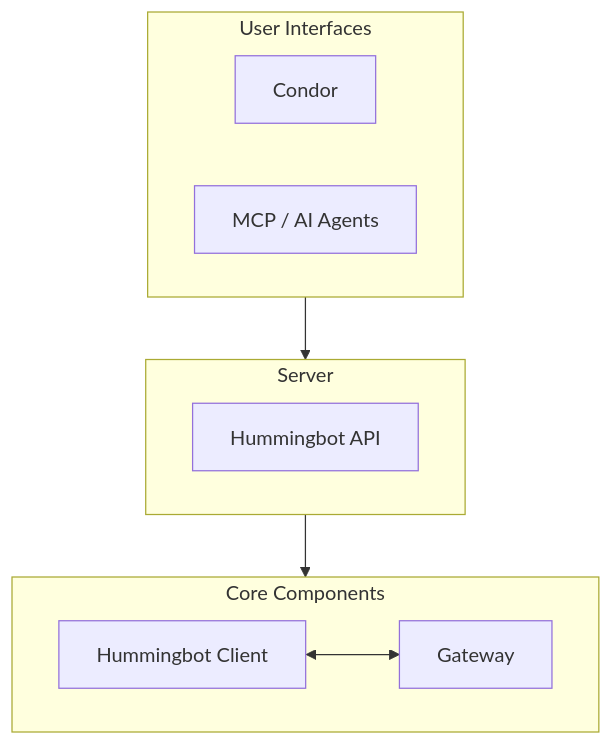
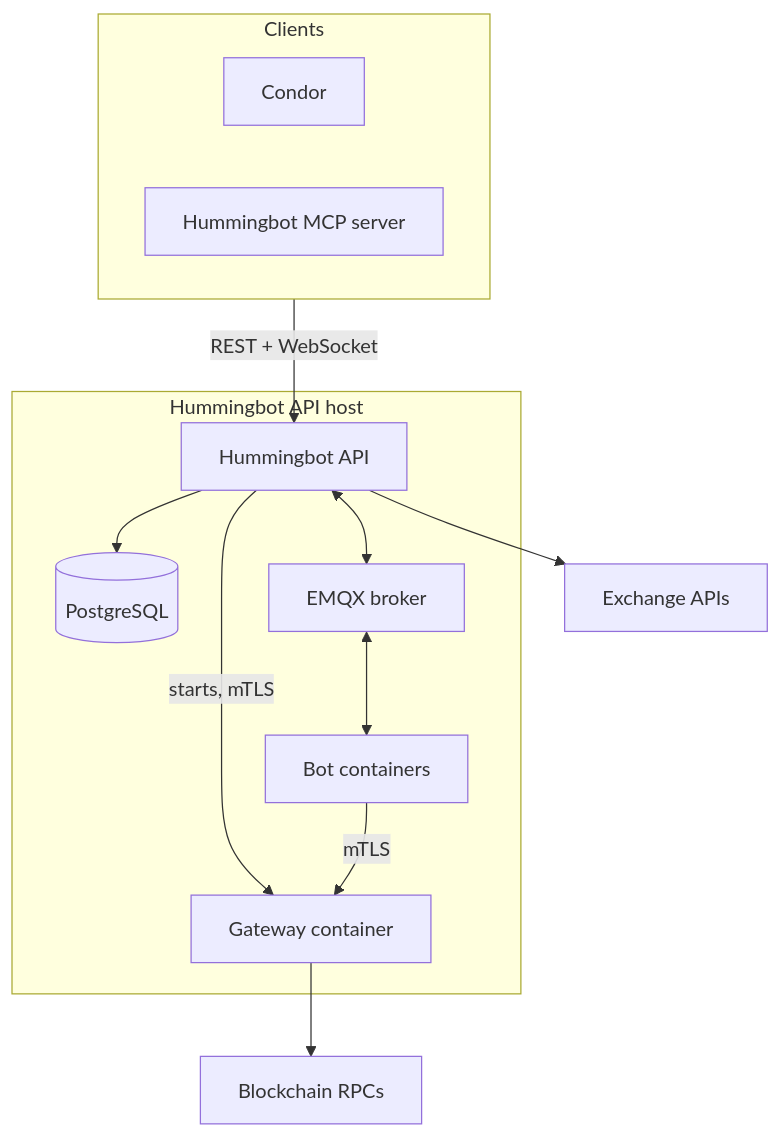
Before and after one commit to hummingbot/condor-docs: the first of 2 diagrams in api-reference/architecture.mdx, drawn with Mermaid. The commit also changed other lines of this file and 7 other files, not shown here.

````diff
--- a/api-reference/architecture.mdx
+++ b/api-reference/architecture.mdx
@@ -10,20 +10,24 @@
 ```mermaid
 flowchart TB
-    subgraph UI["User Interfaces"]
+    subgraph Clients["Clients"]
         C[Condor]
-        MCP[MCP / AI Agents]
+        MCP[Hummingbot MCP server]
     end
 
-    subgraph Server["Server"]
+    subgraph Server["Hummingbot API host"]
         API[Hummingbot API]
+        PG[(PostgreSQL)]
+        MQ[EMQX broker]
+        GW[Gateway container]
+        BOTS[Bot containers]
     end
 
-    subgraph Core["Core Components"]
-        HB[Hummingbot Client]
-        GW[Gateway]
-    end
-
-    UI --> Server
-    Server --> Core
-    HB <--> GW
+    Clients -->|REST + WebSocket| API
+    API --> PG
+    API <--> MQ
+    MQ <--> BOTS
+    API -->|starts, mTLS| GW
+    BOTS -->|mTLS| GW
+    API --> CEX[Exchange APIs]
+    GW --> RPC[Blockchain RPCs]
 ```
````
